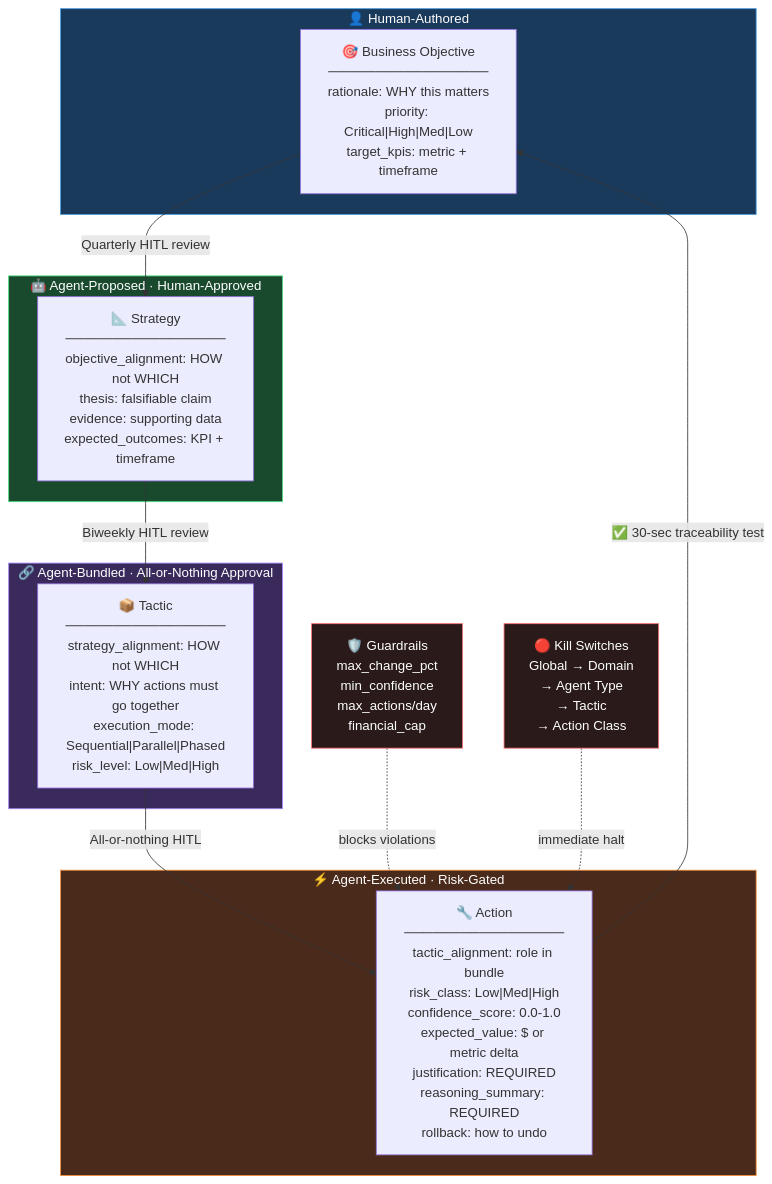
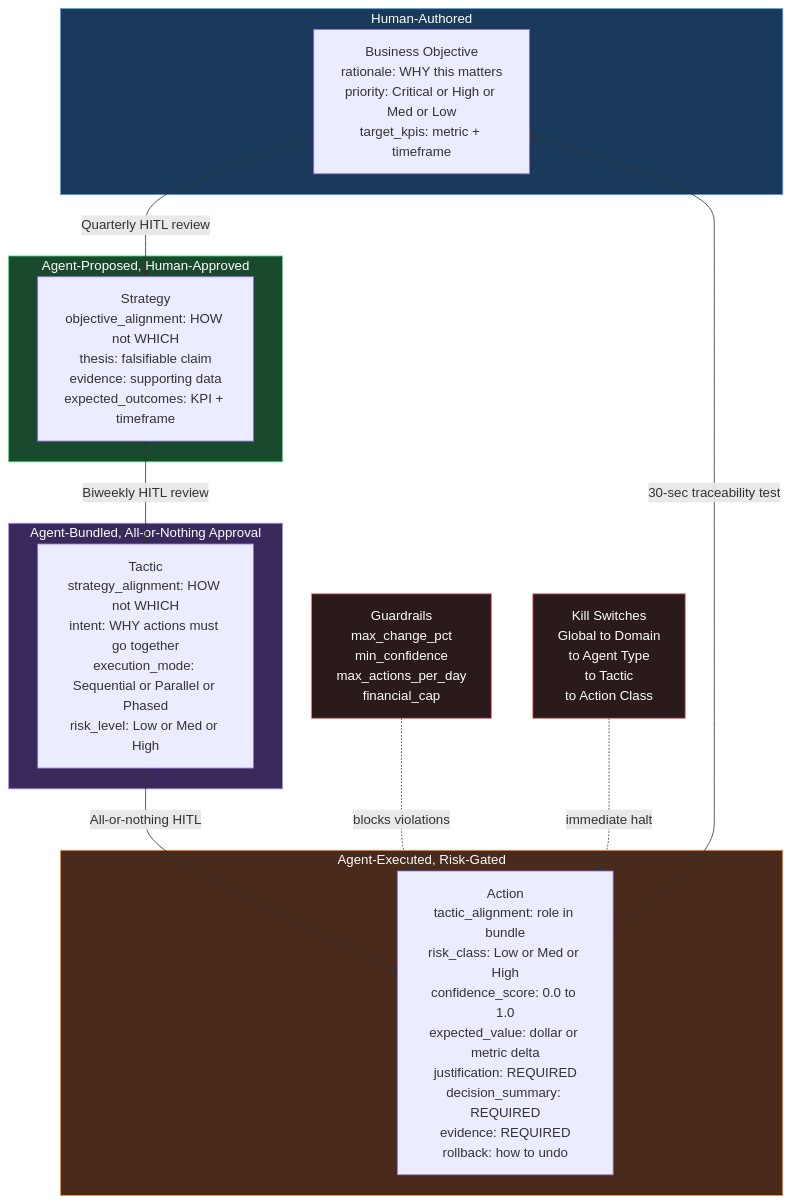
One commit to fszale/agent-kernel changed the first of 3 diagrams in docs/design-principles.md. Above: the diagram before and after it, drawn with Mermaid. The commit also changed other lines of this file and 28 other files, not shown here.

````diff
--- a/docs/design-principles.md
+++ b/docs/design-principles.md
@@ -71,64 +71,61 @@
 ```mermaid
 graph TB
-    subgraph HUMAN["👤 Human-Authored"]
-        OBJ["🎯 Business Objective
-─────────────────
+    subgraph HUMAN["Human-Authored"]
+        OBJ["Business Objective
 rationale: WHY this matters
-priority: Critical|High|Med|Low
+priority: Critical or High or Med or Low
 target_kpis: metric + timeframe"]
     end
 
-    subgraph AGENT_APPROVED["🤖 Agent-Proposed · Human-Approved"]
-        STR["📐 Strategy
-─────────────────
+    subgraph AGENT_APPROVED["Agent-Proposed, Human-Approved"]
+        STR["Strategy
 objective_alignment: HOW not WHICH
 thesis: falsifiable claim
 evidence: supporting data
 expected_outcomes: KPI + timeframe"]
     end
 
-    subgraph AGENT_BUNDLE["🔗 Agent-Bundled · All-or-Nothing Approval"]
-        TAC["📦 Tactic
-─────────────────
+    subgraph AGENT_BUNDLE["Agent-Bundled, All-or-Nothing Approval"]
+        TAC["Tactic
 strategy_alignment: HOW not WHICH
 intent: WHY actions must go together
-execution_mode: Sequential|Parallel|Phased
-risk_level: Low|Med|High"]
+execution_mode: Sequential or Parallel or Phased
+risk_level: Low or Med or High"]
     end
 
-    subgraph AGENT_EXEC["⚡ Agent-Executed · Risk-Gated"]
-        ACT["🔧 Action
-─────────────────
+    subgraph AGENT_EXEC["Agent-Executed, Risk-Gated"]
+        ACT["Action
 tactic_alignment: role in bundle
-risk_class: Low|Med|High
-confidence_score: 0.0-1.0
-expected_value: $ or metric delta
+risk_class: Low or Med or High
+confidence_score: 0.0 to 1.0
+expected_value: dollar or metric delta
 justification: REQUIRED
-reasoning_summary: REQUIRED
+decision_summary: REQUIRED
+evidence: REQUIRED
 rollback: how to undo"]
     end
 
     OBJ -->|"Quarterly HITL review"| STR
     STR -->|"Biweekly HITL review"| TAC
     TAC -->|"All-or-nothing HITL"| ACT
 
-    ACT -->|"✅ 30-sec traceability test"| OBJ
+    ACT -->|"30-sec traceability test"| OBJ
 
-    GUARD["🛡️ Guardrails
+    GUARD["Guardrails
 max_change_pct
 min_confidence
-max_actions/day
+max_actions_per_day
 financial_cap"] -.->|"blocks violations"| ACT
-    KILL["🔴 Kill Switches
-Global → Domain
-→ Agent Type
-→ Tactic
-→ Action Class"] -.->|"immediate halt"| ACT
+    KILL["Kill Switches
+Global to Domain
+to Agent Type
+to Tactic
+to Action Class"] -.->|"immediate halt"| ACT
 
     style HUMAN fill:#1a3a5c,color:#fff,stroke:#4a9ede
     style AGENT_APPROVED fill:#1a4a2e,color:#fff,stroke:#4ade80
     style AGENT_BUNDLE fill:#3a2a5c,color:#fff,stroke:#a78bfa
     style AGENT_EXEC fill:#4a2a1a,color:#fff,stroke:#fb923c
     style GUARD fill:#2a1a1a,color:#fff,stroke:#f87171
     style KILL fill:#2a1a1a,color:#fff,stroke:#f87171
 ```
````
